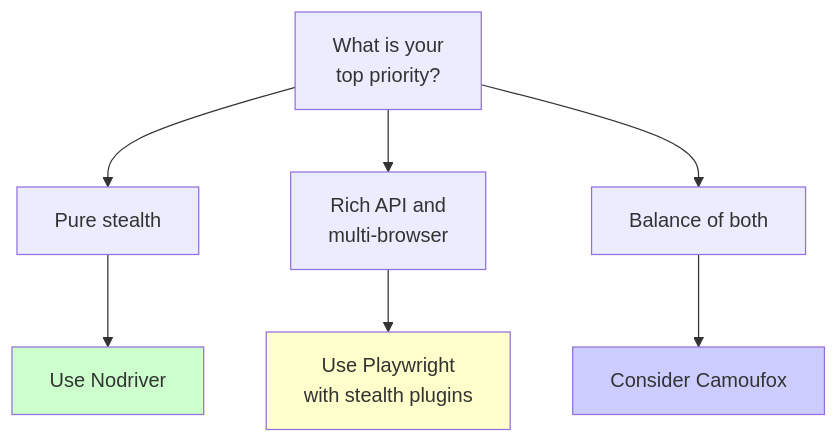
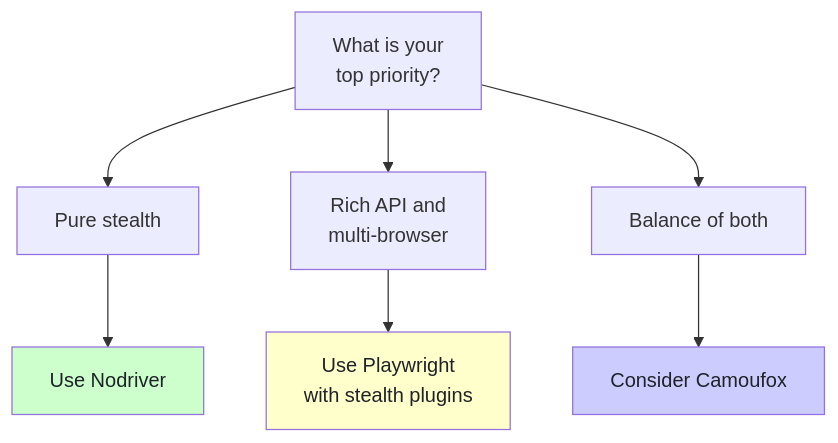
One commit to bytetunnels/bytetunnels.github.com changed the fourth of 4 diagrams in _posts/2026-02-24-nodriver-vs-playwright-which-is-stealthier-2026.md. Above: the diagram before and after it, drawn with Mermaid. The commit also changed other lines of this file and 118 other files, not shown here.

Commit message:
feat: improve diagram styling and compact wide flowcharts

````diff
--- a/_posts/2026-02-24-nodriver-vs-playwright-which-is-stealthier-2026.md
+++ b/_posts/2026-02-24-nodriver-vs-playwright-which-is-stealthier-2026.md
@@ -487,14 +487,14 @@
 ```mermaid
 graph TD
     A["What is your<br>top priority?"] --> B["Pure stealth"]
     A --> C["Rich API and<br>multi-browser"]
     A --> D["Balance of both"]
 
     B --> E["Use Nodriver"]
     C --> F["Use Playwright<br>with stealth plugins"]
     D --> G["Consider Camoufox"]
 
-    style E fill:#ccffcc
-    style F fill:#ffffcc
-    style G fill:#ccccff
+    style E fill:#ccffcc,color:#1f2328
+    style F fill:#ffffcc,color:#1f2328
+    style G fill:#ccccff,color:#1f2328
 ```
````
